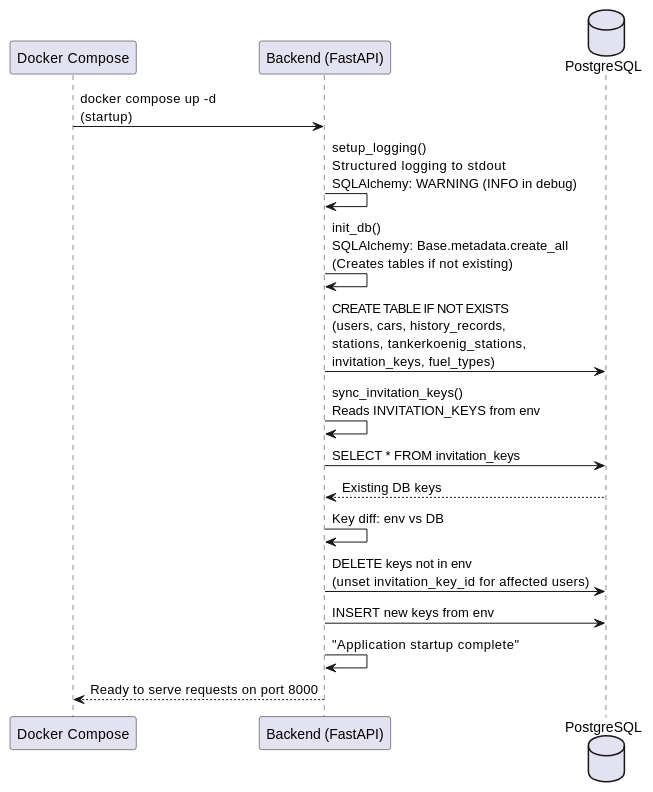
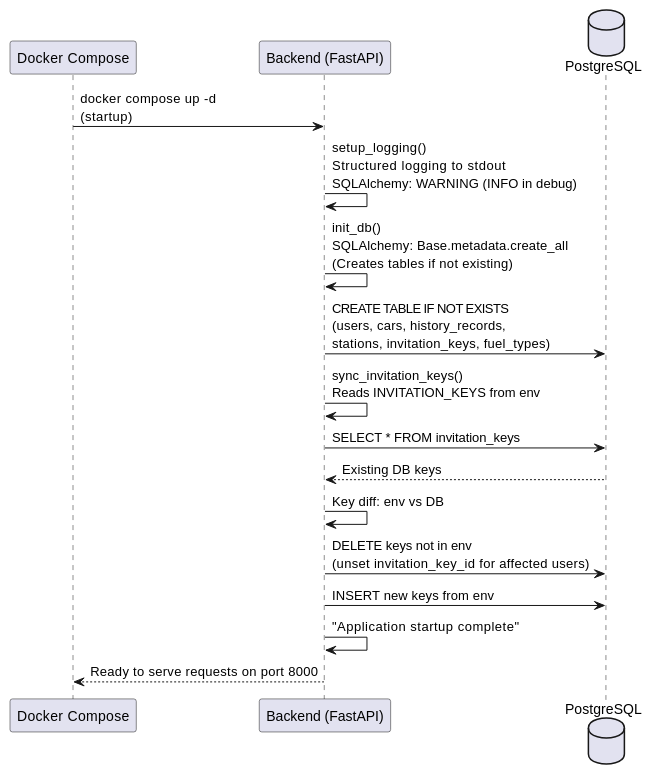
The fifth of 5 diagrams in docs/arc42/06_runtime_view.md (SQS-THRO/Tanker24), drawn with PlantUML before and after one commit. The commit also changed other lines of this file and 5 other files, not shown here.

````diff
--- a/docs/arc42/06_runtime_view.md
+++ b/docs/arc42/06_runtime_view.md
@@ -165,23 +165,23 @@
 ```puml
 @startuml
 participant "Docker Compose" as DC
 participant "Backend (FastAPI)" as BE
 database "PostgreSQL" as DB
 
 DC -> BE: docker compose up -d\n(startup)
 
 BE -> BE: setup_logging()\nStructured logging to stdout\nSQLAlchemy: WARNING (INFO in debug)
 BE -> BE: init_db()\nSQLAlchemy: Base.metadata.create_all\n(Creates tables if not existing)
-BE -> DB: CREATE TABLE IF NOT EXISTS\n(users, cars, history_records,\nstations, tankerkoenig_stations,\ninvitation_keys, fuel_types)
+BE -> DB: CREATE TABLE IF NOT EXISTS\n(users, cars, history_records,\nstations, invitation_keys, fuel_types)
 
 BE -> BE: sync_invitation_keys()\nReads INVITATION_KEYS from env
 BE -> DB: SELECT * FROM invitation_keys
 DB --> BE: Existing DB keys
 BE -> BE: Key diff: env vs DB
 BE -> DB: DELETE keys not in env\n(unset invitation_key_id for affected users)
 BE -> DB: INSERT new keys from env
 
 BE -> BE: "Application startup complete"
 BE --> DC: Ready to serve requests on port 8000
 @enduml
 ```
````
